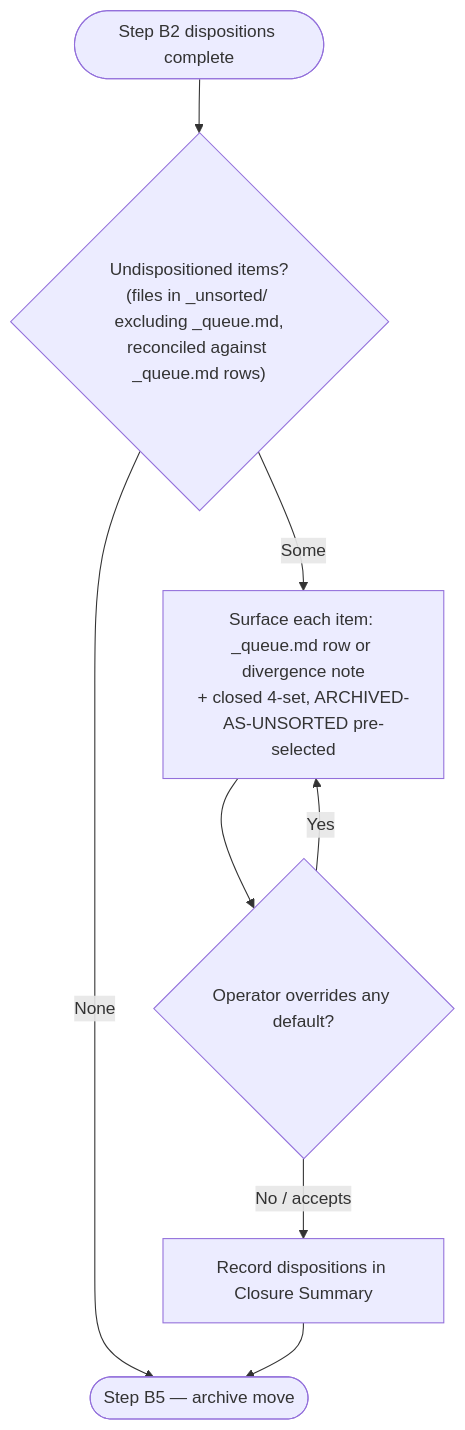
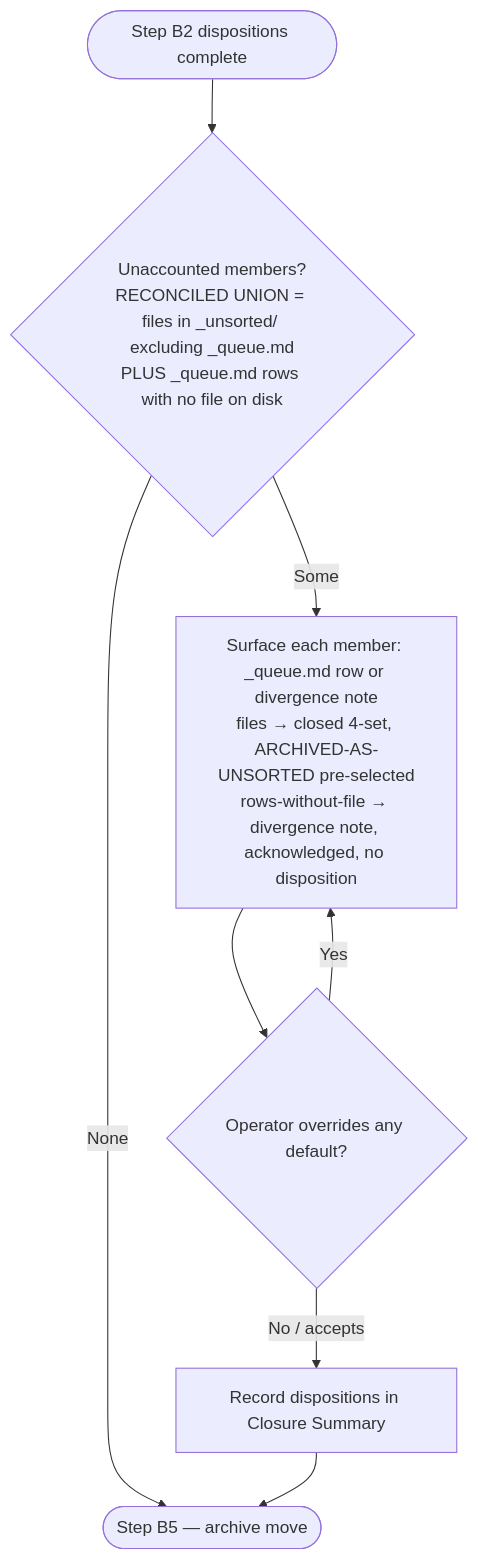
One commit to cody-hutson/pmo-platform changed the diagram in operations/skills/project-initiator/SKILL.md. Above: the diagram before and after it, drawn with Mermaid. The commit also changed other lines of this file and 13 other files, not shown here.

````diff
--- a/operations/skills/project-initiator/SKILL.md
+++ b/operations/skills/project-initiator/SKILL.md
@@ -575,10 +580,10 @@
 ```mermaid
 flowchart TD
-    b2([Step B2 dispositions complete]) --> pop{"Undispositioned items?<br/>(files in _unsorted/ excluding _queue.md,<br/>reconciled against _queue.md rows)"}
+    b2([Step B2 dispositions complete]) --> pop{"Unaccounted members?<br/>RECONCILED UNION = files in _unsorted/ excluding _queue.md<br/>PLUS _queue.md rows with no file on disk"}
     pop -->|None| b5([Step B5 — archive move])
-    pop -->|Some| surf[Surface each item: _queue.md row or divergence note<br/>+ closed 4-set, ARCHIVED-AS-UNSORTED pre-selected]
+    pop -->|Some| surf["Surface each member: _queue.md row or divergence note<br/>files → closed 4-set, ARCHIVED-AS-UNSORTED pre-selected<br/>rows-without-file → divergence note, acknowledged, no disposition"]
     surf --> op{Operator overrides any default?}
     op -->|Yes| surf
     op -->|No / accepts| rec[Record dispositions in Closure Summary]
     rec --> b5
 ```
````
